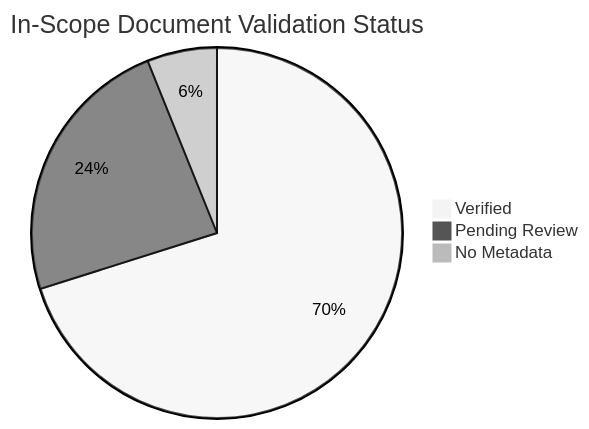
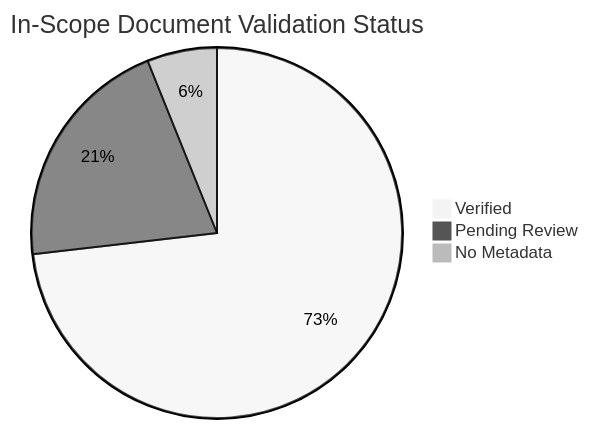
Before and after one commit to yeongseon/azure-container-apps-practical-guide: the diagram in docs/reference/content-validation-status.md, drawn with Mermaid (neutral theme). The commit also changed other lines of this file and 5 other files, not shown here.

````diff
--- a/docs/reference/content-validation-status.md
+++ b/docs/reference/content-validation-status.md
@@ -25,6 +25,6 @@
 ```mermaid
 pie title In-Scope Document Validation Status
-    "Verified" : 115
-    "Pending Review" : 39
+    "Verified" : 120
+    "Pending Review" : 34
     "No Metadata" : 10
 ```
````
